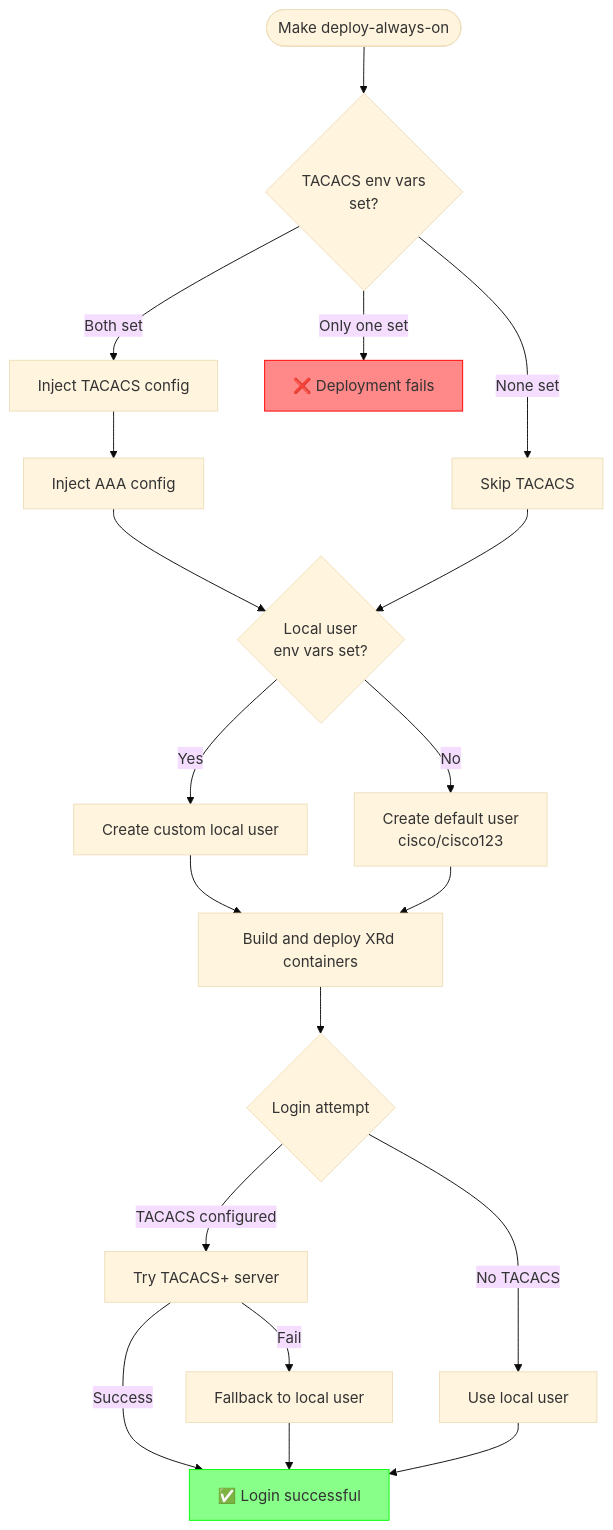
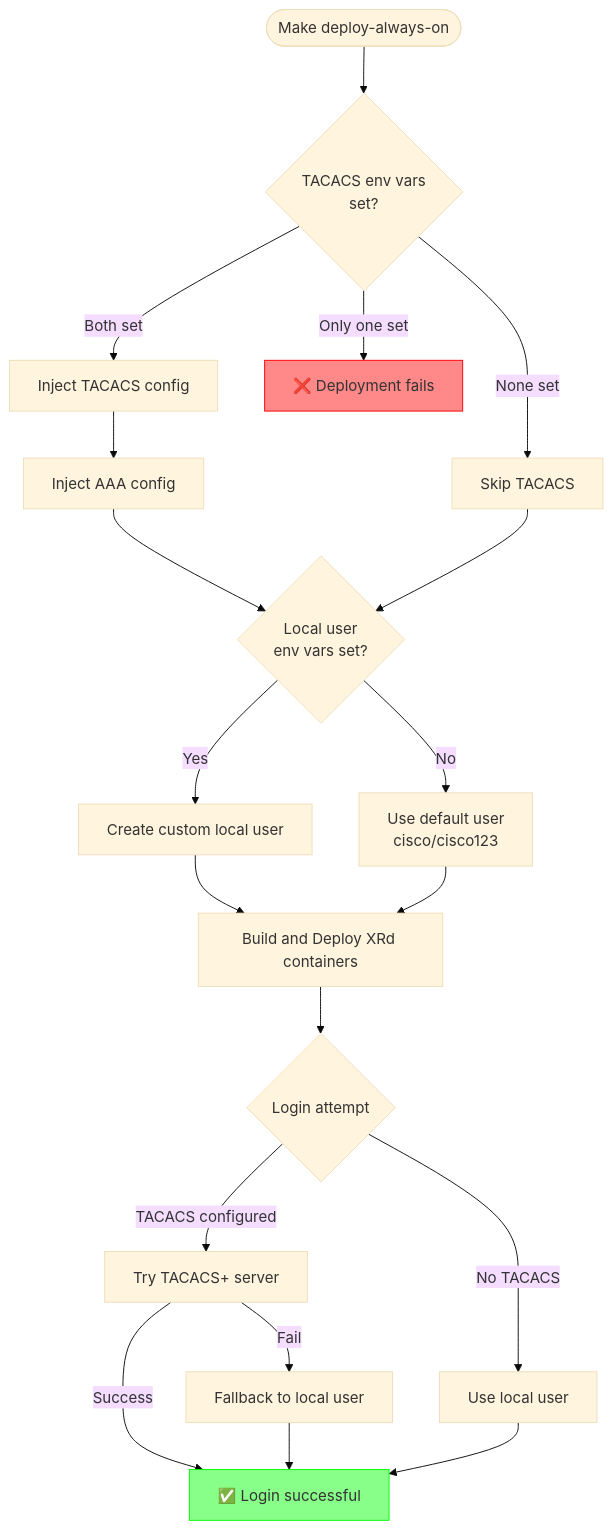
One commit to CiscoDevNet/XRd-Sandbox changed the diagram in topologies/always-on/deployment.md. Above: the diagram before and after it, drawn with Mermaid (base theme). The commit also changed other lines of this file, not shown here.

Commit message:
Enhance deployment documentation with important notes on script execution context and clarify user creation instructions

````diff
--- a/topologies/always-on/deployment.md
+++ b/topologies/always-on/deployment.md
@@ -41,33 +44,33 @@
 ```mermaid
 flowchart TD
     Start([Make deploy-always-on]) --> CheckTACACS{TACACS env vars<br/>set?}
 
     CheckTACACS -->|Both set| InjectTACACS[Inject TACACS config]
     CheckTACACS -->|None set| SkipTACACS[Skip TACACS]
     CheckTACACS -->|Only one set| Error[❌ Deployment fails]
 
     InjectTACACS --> InjectAAA[Inject AAA config]
     InjectAAA --> CheckLocalUser{Local user<br/>env vars set?}
 
     SkipTACACS --> CheckLocalUser
 
     CheckLocalUser -->|Yes| CustomUser[Create custom local user]
-    CheckLocalUser -->|No| DefaultUser[Create default user<br/>cisco/cisco123]
+    CheckLocalUser -->|No| DefaultUser[Use default user<br/>cisco/cisco123]
 
-    CustomUser --> Deploy[Build and deploy XRd containers]
+    CustomUser --> Deploy[Build and Deploy XRd containers]
     DefaultUser --> Deploy
 
     Deploy --> AuthFlow{Login attempt}
 
     AuthFlow -->|TACACS configured| TryTACACS[Try TACACS+ server]
     AuthFlow -->|No TACACS| UseLocal[Use local user]
 
     TryTACACS -->|Success| LoginOK[✅ Login successful]
     TryTACACS -->|Fail| Fallback[Fallback to local user]
 
     Fallback --> LoginOK
     UseLocal --> LoginOK
 
     style Error fill:#f88,stroke:#f00
     style LoginOK fill:#8f8,stroke:#0f0
 ```
````
